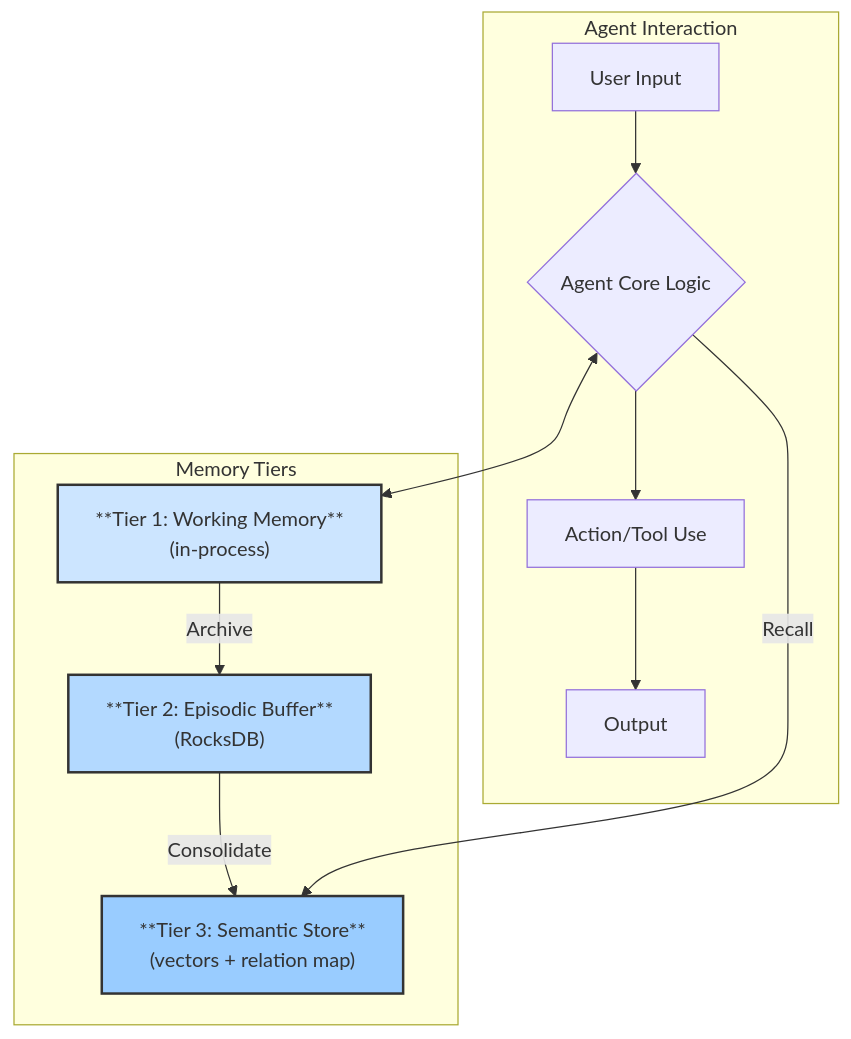
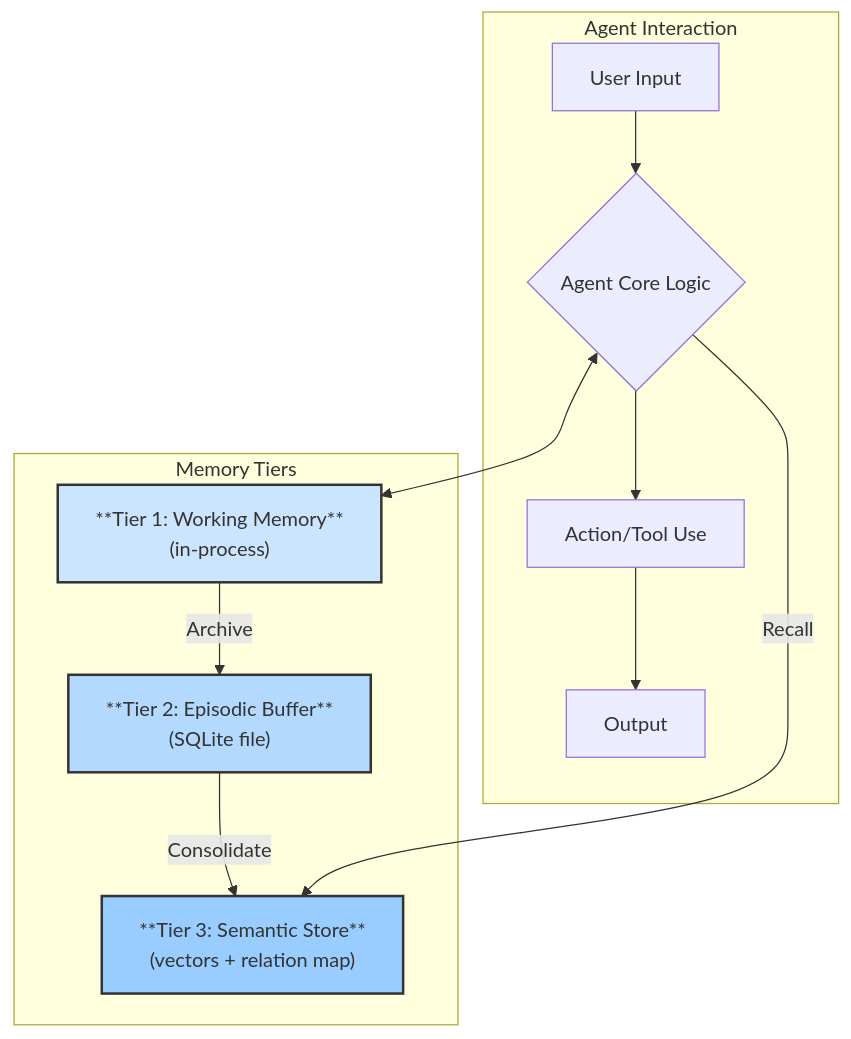
One commit to yarenty/kowalski changed the diagram in kowalski-core/MEMORY_ARCHITECTURE.md. Above: the diagram before and after it, drawn with Mermaid. The commit also changed other lines of this file and 15 other files, not shown here.

Commit message:
no rocksDB - use sqlite consistently

````diff
--- a/kowalski-core/MEMORY_ARCHITECTURE.md
+++ b/kowalski-core/MEMORY_ARCHITECTURE.md
@@ -11,23 +11,23 @@
 ```mermaid
 graph TD
     subgraph Agent Interaction
         A[User Input] --> B{Agent Core Logic};
         B --> C[Action/Tool Use];
         C --> D[Output];
     end
 
     subgraph Memory Tiers
         T1["**Tier 1: Working Memory**<br>(in-process)"]
-        T2["**Tier 2: Episodic Buffer**<br>(RocksDB)"]
+        T2["**Tier 2: Episodic Buffer**<br>(SQLite file)"]
         T3["**Tier 3: Semantic Store**<br>(vectors + relation map)"]
     end
 
     B <--> T1;
     T1 -- Archive --> T2;
     T2 -- Consolidate --> T3;
     B -- Recall --> T3;
 
     style T1 fill:#cce5ff,stroke:#333,stroke-width:2px
     style T2 fill:#b3d9ff,stroke:#333,stroke-width:2px
     style T3 fill:#99ccff,stroke:#333,stroke-width:2px
 ```
````
